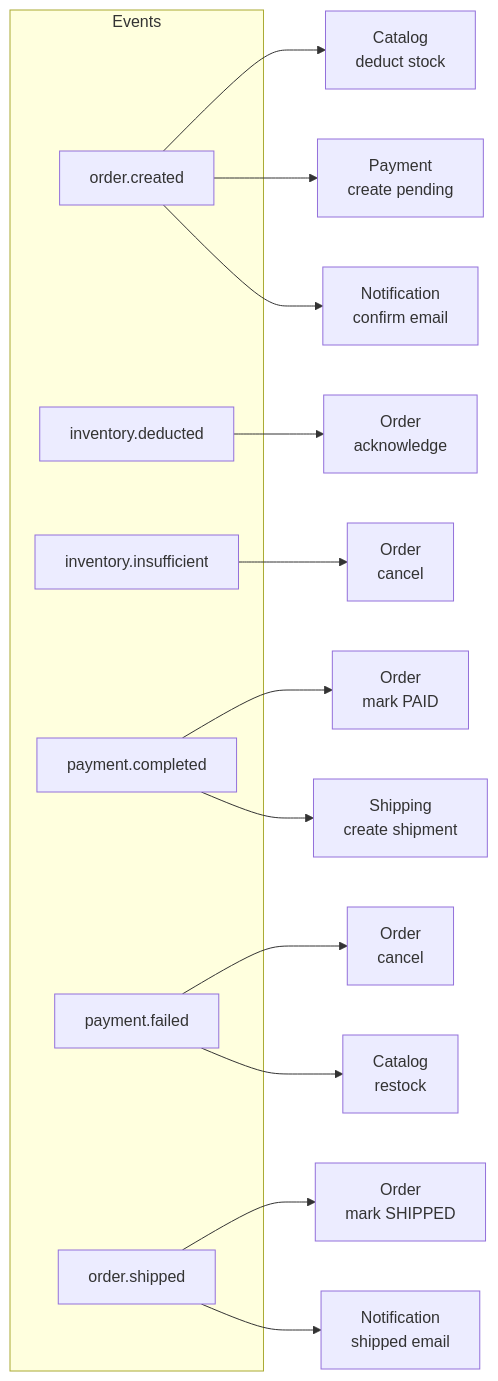
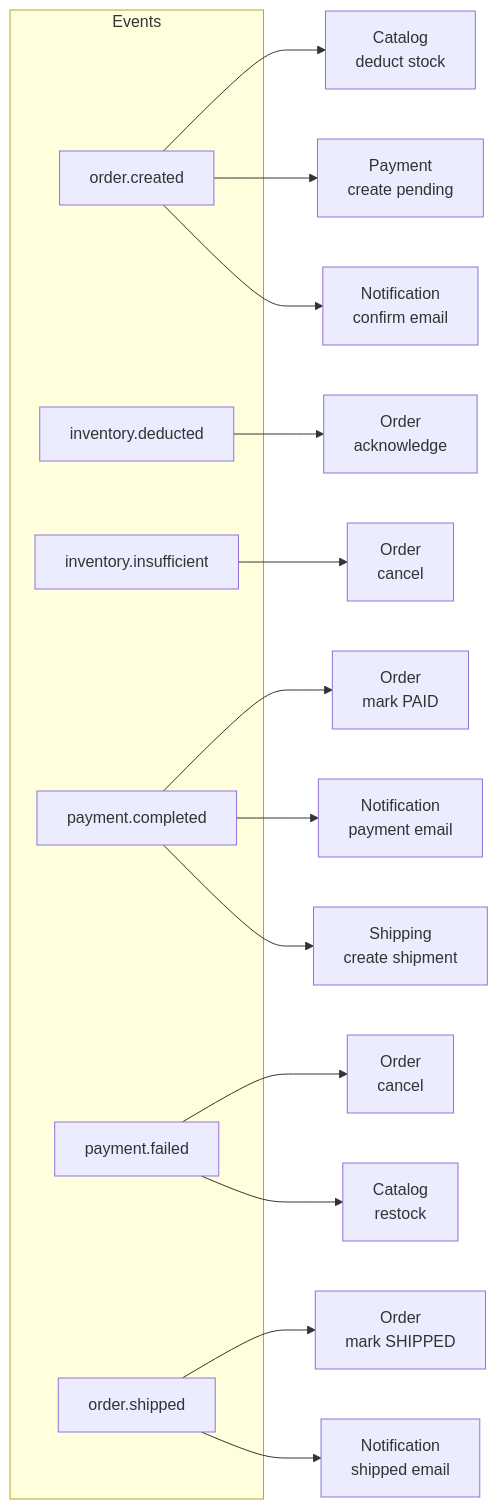
Before and after one commit to huynguyen1310/ecommerce-ddd: the fifth of 6 diagrams in DEVELOPER_GUIDE.md, drawn with Mermaid. The commit also changed other lines of this file and 4 other files, not shown here.

````diff
--- a/DEVELOPER_GUIDE.md
+++ b/DEVELOPER_GUIDE.md
@@ -142,27 +158,28 @@
 ```mermaid
 graph LR
   subgraph Events
     OC["order.created"]
     ID["inventory.deducted"]
     II["inventory.insufficient"]
     PC["payment.completed"]
     PF["payment.failed"]
     OS["order.shipped"]
   end
 
   OC --> C[Catalog<br/>deduct stock]
   OC --> P[Payment<br/>create pending]
   OC --> N[Notification<br/>confirm email]
 
   ID --> O1[Order<br/>acknowledge]
   II --> O2[Order<br/>cancel]
 
   PC --> O3[Order<br/>mark PAID]
+  PC --> N3[Notification<br/>payment email]
   PC --> S[Shipping<br/>create shipment]
 
   PF --> O4[Order<br/>cancel]
   PF --> C2[Catalog<br/>restock]
 
   OS --> O5[Order<br/>mark SHIPPED]
   OS --> N2[Notification<br/>shipped email]
 ```
````
